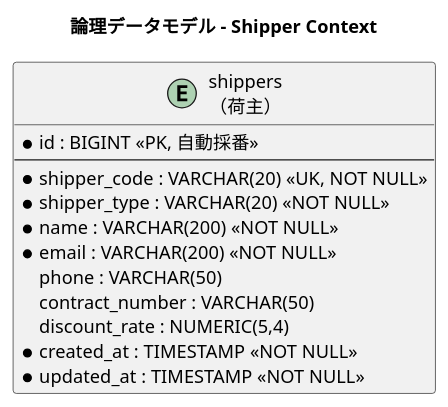
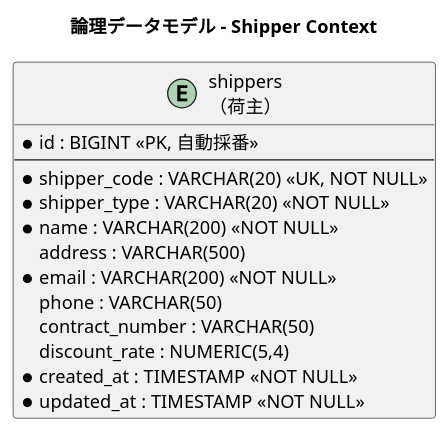
One commit to k2works/case-study-cargo-tracker changed the third of 10 diagrams in docs/design/data-model.md. Above: the diagram before and after it, drawn with PlantUML. The commit also changed other lines of this file, not shown here.

````diff
--- a/docs/design/data-model.md
+++ b/docs/design/data-model.md
@@ -338,20 +338,21 @@
 ```plantuml
 @startuml
 title 論理データモデル - Shipper Context
 
 entity "shippers\n（荷主）" as shippers {
   * id : BIGINT <<PK, 自動採番>>
   --
   * shipper_code : VARCHAR(20) <<UK, NOT NULL>>
   * shipper_type : VARCHAR(20) <<NOT NULL>>
   * name : VARCHAR(200) <<NOT NULL>>
+  address : VARCHAR(500)
   * email : VARCHAR(200) <<NOT NULL>>
   phone : VARCHAR(50)
   contract_number : VARCHAR(50)
   discount_rate : NUMERIC(5,4)
   * created_at : TIMESTAMP <<NOT NULL>>
   * updated_at : TIMESTAMP <<NOT NULL>>
 }
 
 @enduml
 ```
````
